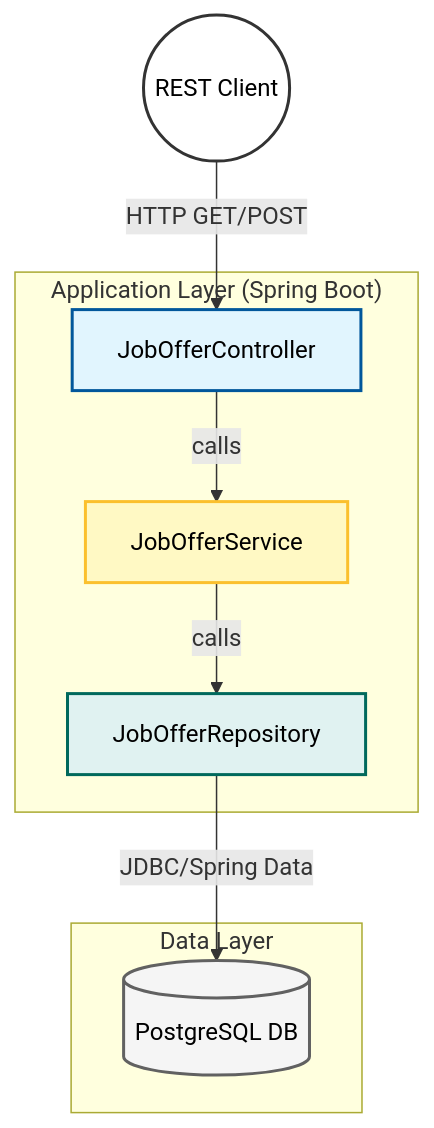
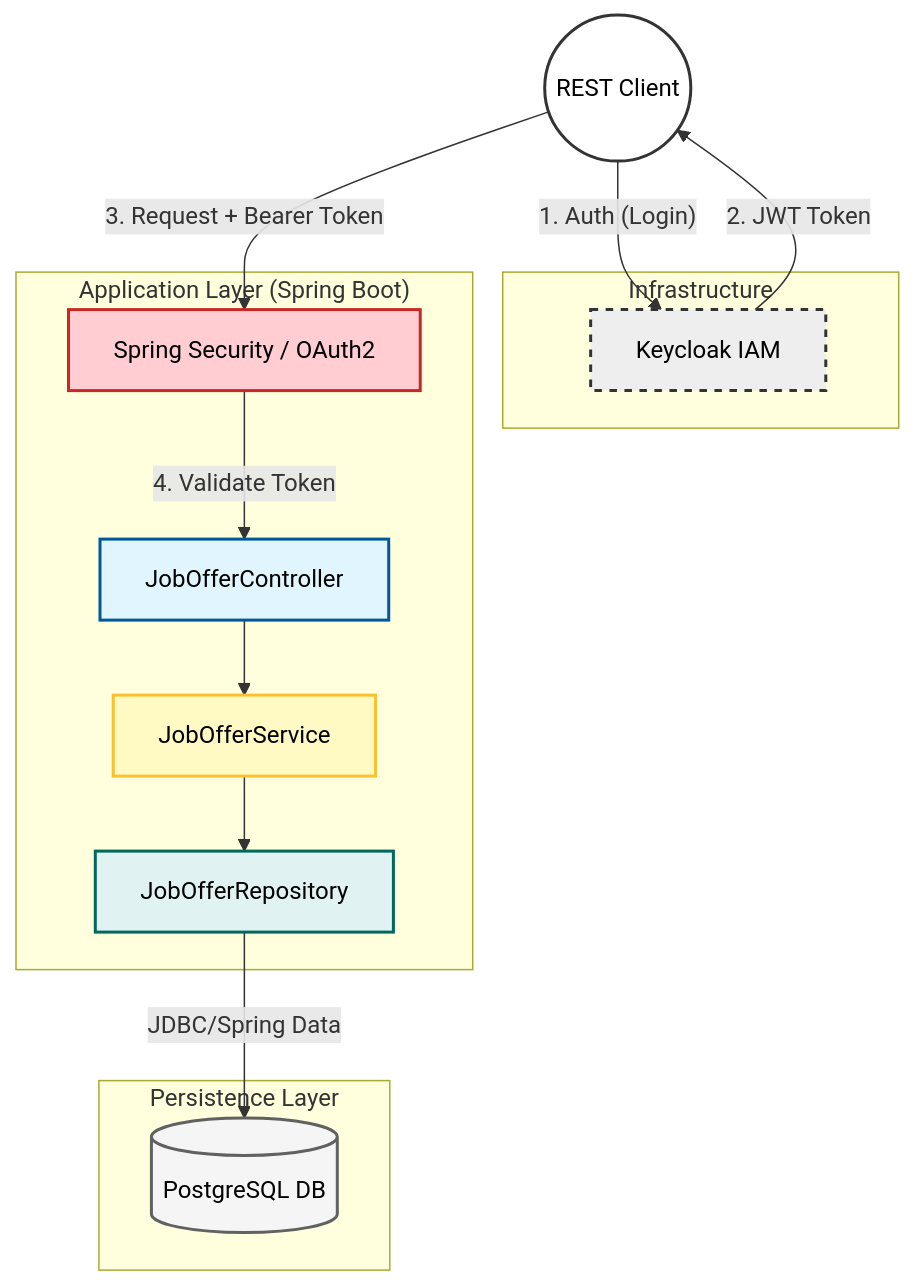
Before and after one commit to niko1405/jobconnect-backend: the first of 2 diagrams in README.md, drawn with Mermaid. The commit also changed other lines of this file, not shown here.

````diff
--- a/README.md
+++ b/README.md
@@ -19,26 +29,37 @@
 ```mermaid
 graph TD
     Client((REST Client))
+
+    subgraph "Infrastructure"
+        KC[Keycloak IAM]
+    end
+
     subgraph "Application Layer (Spring Boot)"
+        SEC[Spring Security / OAuth2]
         JC[JobOfferController]
         JS[JobOfferService]
         JR[JobOfferRepository]
     end
 
-    subgraph "Data Layer"
+    subgraph "Persistence Layer"
         DB[(PostgreSQL DB)]
     end
 
-    Client -- HTTP GET/POST --> JC
-    JC -- calls --> JS
-    JS -- calls --> JR
+    Client -- 1. Auth (Login) --> KC
+    KC -- 2. JWT Token --> Client
+    Client -- 3. Request + Bearer Token --> SEC
+    SEC -- 4. Validate Token --> JC
+    JC --> JS
+    JS --> JR
     JR -- JDBC/Spring Data --> DB
 
-    %% Styles für professionellen Look (Blau/Weiß/Grau Töne)
+    %% Clean Business Style
     style JC fill:#e1f5fe,stroke:#01579b,stroke-width:2px,color:#000
     style JS fill:#fff9c4,stroke:#fbc02d,stroke-width:2px,color:#000
     style JR fill:#e0f2f1,stroke:#00695c,stroke-width:2px,color:#000
     style DB fill:#f5f5f5,stroke:#616161,stroke-width:2px,color:#000
     style Client fill:#ffffff,stroke:#333,stroke-width:2px,color:#000
+    style KC fill:#eeeeee,stroke:#333,stroke-width:2px,stroke-dasharray: 5 5,color:#000
+    style SEC fill:#ffcdd2,stroke:#c62828,stroke-width:2px,color:#000
 
 ```
````
